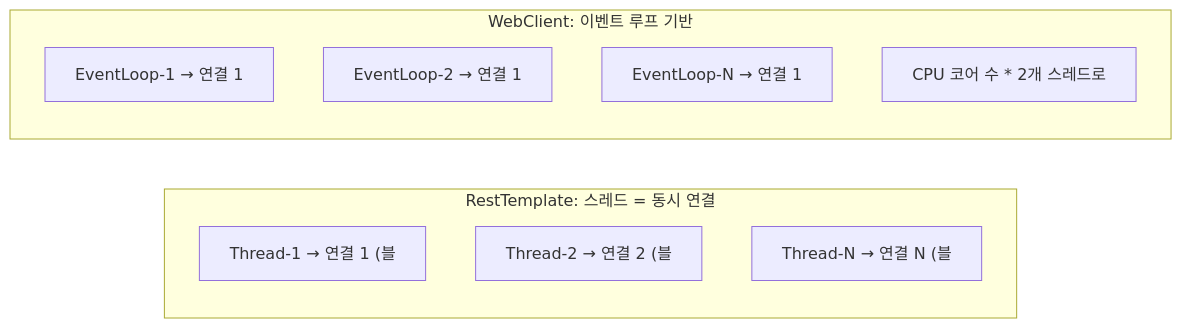
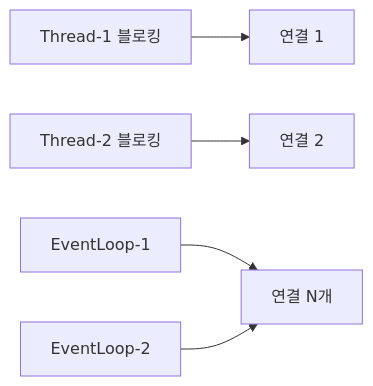
Before and after one commit to yjkim2015/yjkim2015.github.io: the second of 4 diagrams in _posts/spring/2026-05-01-rest-client-comparison.md, drawn with Mermaid. The commit also changed 155 other files, not shown here.

First line of the commit message:
Mermaid 전면 수정: subgraph 제거, participant/노드/줄수 축소 (342블록)

````diff
--- a/_posts/spring/2026-05-01-rest-client-comparison.md
+++ b/_posts/spring/2026-05-01-rest-client-comparison.md
@@ -157,14 +157,11 @@
 ```mermaid
 graph LR
-    subgraph "RestTemplate: 스레드 = 동시 연결"
-        T1["Thread-1 → 연결 1 (블"]
-        T2["Thread-2 → 연결 2 (블"]
-        TN["Thread-N → 연결 N (블"]
-    end
-    subgraph "WebClient: 이벤트 루프 기반"
-        EL1["EventLoop-1 → 연결 1"]
-        EL2["EventLoop-2 → 연결 1"]
-        ELN["EventLoop-N → 연결 1"]
-        note["CPU 코어 수 * 2개 스레드로"]
-    end
+    T1["Thread-1 블로킹"]
+    T2["Thread-2 블로킹"]
+    EL1["EventLoop-1"]
+    EL2["EventLoop-2"]
+    T1 --> C1["연결 1"]
+    T2 --> C2["연결 2"]
+    EL1 --> MC["연결 N개"]
+    EL2 --> MC
 ```
````
